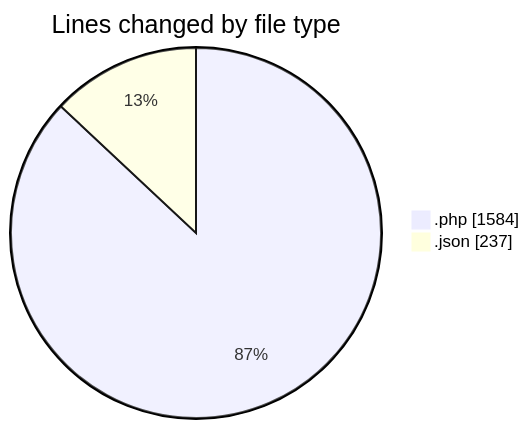
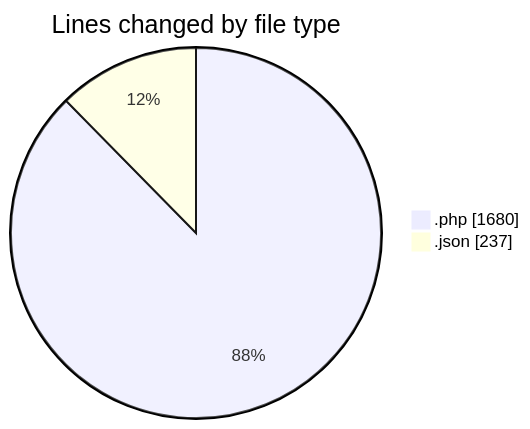
The first of 2 diagrams in 2025-06-20/studio-backend/README.md (idhammustaqopulfikri/code-tracking), drawn with Mermaid before and after one commit. The commit also changed other lines of this file and 1 other file, not shown here.

````diff
--- a/2025-06-20/studio-backend/README.md
+++ b/2025-06-20/studio-backend/README.md
@@ -22,6 +23,6 @@
 ```mermaid
 pie showData
 title Lines changed by file type
-".php" : 1584
+".php" : 1680
 ".json" : 237
 ```
````
